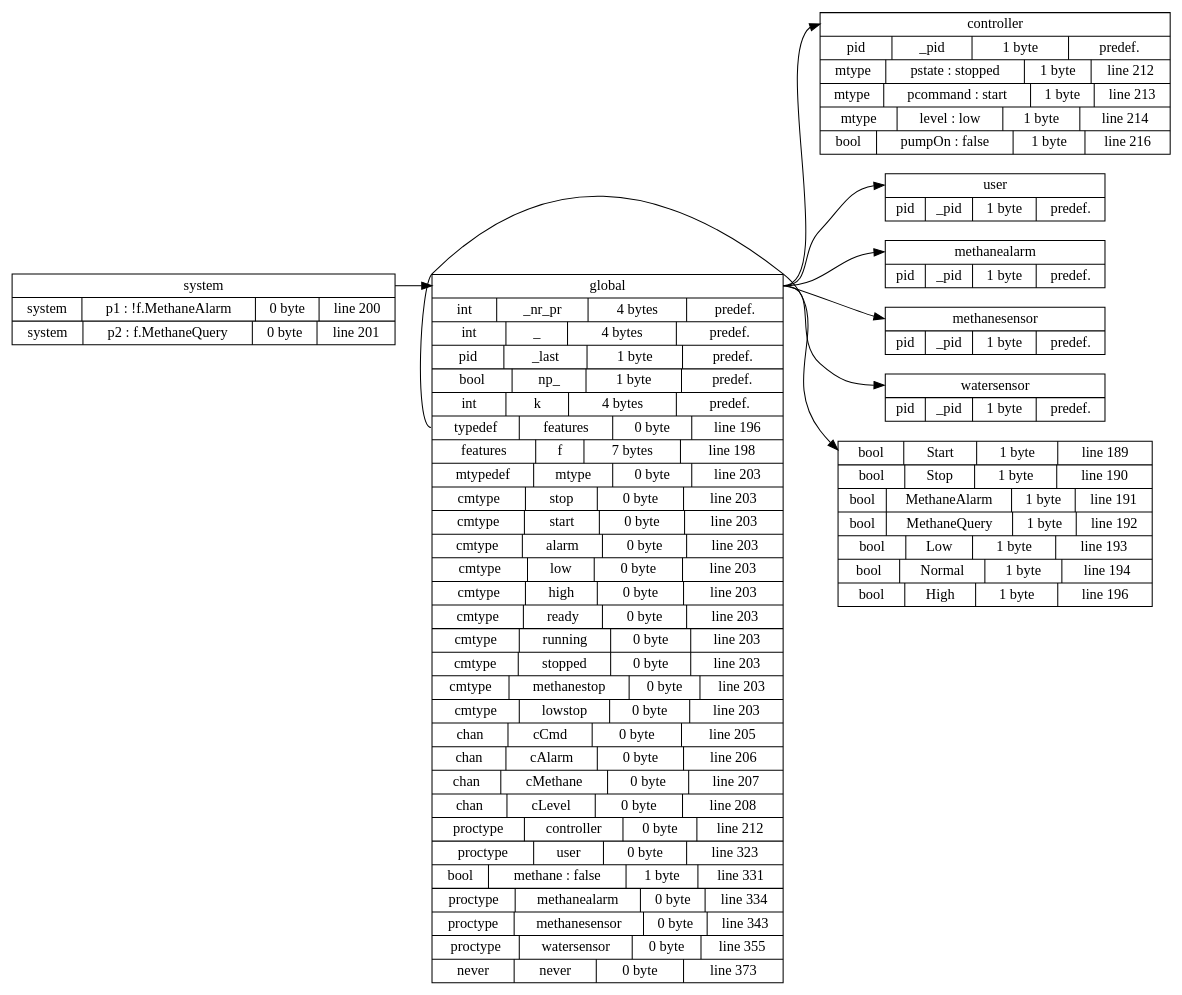
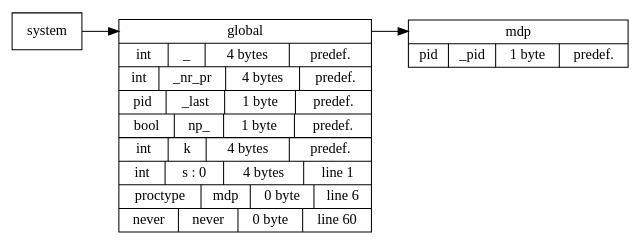
One commit to samilazregsuidi/Daedalux changed the diagram in sym_table_graphviz.dot. Above: the diagram before and after it, drawn with Graphviz. The commit also changed 538 other files, not shown here.

```diff
--- a/sym_table_graphviz.dot
+++ b/sym_table_graphviz.dot
@@ -1,40 +1,16 @@
 digraph symbol_table {
 	 rankdir = LR
-	system[ shape = record, label = "<f0> system | { <94027330033664> system|p1 : !f.MethaneAlarm| 0 byte | line 200 } | { <94027330034928> system|p2 : f.MethaneQuery| 0 byte | line 201 }"]
+	system[ shape = record, label = "<f0> system"]
 
-	global[ shape = record, label = "<f0> global | { <94027329986256> int|_nr_pr| 4 bytes | predef. } | { <94027329988416> int|_| 4 bytes | predef. } | { <94027330025600> pid|_last| 1 byte | predef. } | { <94027330025760> bool|np_| 1 byte | predef. } | { <94027330025920> int|k| 4 bytes | predef. } | { <94027330031648> typedef|features| 0 byte | line 196 } | { <94027330032208> features|f| 7 bytes | line 198 } | { <94027330035296> mtypedef|mtype| 0 byte | line 203 } | { <94027330035424> cmtype|stop| 0 byte | line 203 } | { <94027330035760> cmtype|start| 0 byte | line 203 } | { <94027330035984> cmtype|alarm| 0 byte | line 203 } | { <94027330036208> cmtype|low| 0 byte | line 203 } | { <94027330036432> cmtype|high| 0 byte | line 203 } | { <94027330036896> cmtype|ready| 0 byte | line 203 } | { <94027330037120> cmtype|running| 0 byte | line 203 } | { <94027330037344> cmtype|stopped| 0 byte | line 203 } | { <94027330087984> cmtype|methanestop| 0 byte | line 203 } | { <94027330088208> cmtype|lowstop| 0 byte | line 203 } | { <94027330088672> chan|cCmd| 0 byte | line 205 } | { <94027330089200> chan|cAlarm| 0 byte | line 206 } | { <94027330089728> chan|cMethane| 0 byte | line 207 } | { <94027330090256> chan|cLevel| 0 byte | line 208 } | { <94027330147712> proctype|controller| 0 byte | line 212 } | { <94027330153904> proctype|user| 0 byte | line 323 } | { <94027330154528> bool|methane : false| 1 byte | line 331 } | { <94027330158960> proctype|methanealarm| 0 byte | line 334 } | { <94027330167024> proctype|methanesensor| 0 byte | line 343 } | { <94027330172112> proctype|watersensor| 0 byte | line 355 } | { <94027330184992> never|never| 0 byte | line 373 }"]
+	global[ shape = record, label = "<f0> global | { <93824994282752> int|_| 4 bytes | predef. } | { <93824994283024> int|_nr_pr| 4 bytes | predef. } | { <93824994283184> pid|_last| 1 byte | predef. } | { <93824994283344> bool|np_| 1 byte | predef. } | { <93824994283504> int|k| 4 bytes | predef. } | { <93824994283872> int|s : 0| 4 bytes | line 1 } | { <93824994358144> proctype|mdp| 0 byte | line 6 } | { <93824994363360> never|never| 0 byte | line 60 }"]
 
-	controller[ shape = record, label = "<f0> controller | { <94027330090960> pid|_pid| 1 byte | predef. } | { <94027330091776> mtype|pstate : stopped| 1 byte | line 212 } | { <94027330092608> mtype|pcommand : start| 1 byte | line 213 } | { <94027330093520> mtype|level : low| 1 byte | line 214 } | { <94027330094016> bool|pumpOn : false| 1 byte | line 216 }"]
+	mdp[ shape = record, label = "<f0> mdp | { <93824994284528> pid|_pid| 1 byte | predef. }"]
 
 
-	global:f0 -> controller:f0
-
-	user[ shape = record, label = "<f0> user | { <94027330148512> pid|_pid| 1 byte | predef. }"]
-
-
-	global:f0 -> user:f0
-
-	methanealarm[ shape = record, label = "<f0> methanealarm | { <94027330155168> pid|_pid| 1 byte | predef. }"]
-
-
-	global:f0 -> methanealarm:f0
-
-	methanesensor[ shape = record, label = "<f0> methanesensor | { <94027330159760> pid|_pid| 1 byte | predef. }"]
-
-
-	global:f0 -> methanesensor:f0
-
-	watersensor[ shape = record, label = "<f0> watersensor | { <94027330167824> pid|_pid| 1 byte | predef. }"]
-
-
-	global:f0 -> watersensor:f0
-
-	features[ shape = record, label = "{ <94027330030336> bool|Start| 1 byte | line 189 } | { <94027330030528> bool|Stop| 1 byte | line 190 } | { <94027330030720> bool|MethaneAlarm| 1 byte | line 191 } | { <94027330030912> bool|MethaneQuery| 1 byte | line 192 } | { <94027330031104> bool|Low| 1 byte | line 193 } | { <94027330031296> bool|Normal| 1 byte | line 194 } | { <94027330031488> bool|High| 1 byte | line 196 }"]
-
-	global:94027330031648 -> features
+	global:f0 -> mdp:f0
 
 
 	system:f0 -> global:f0
 
 
 }
```
